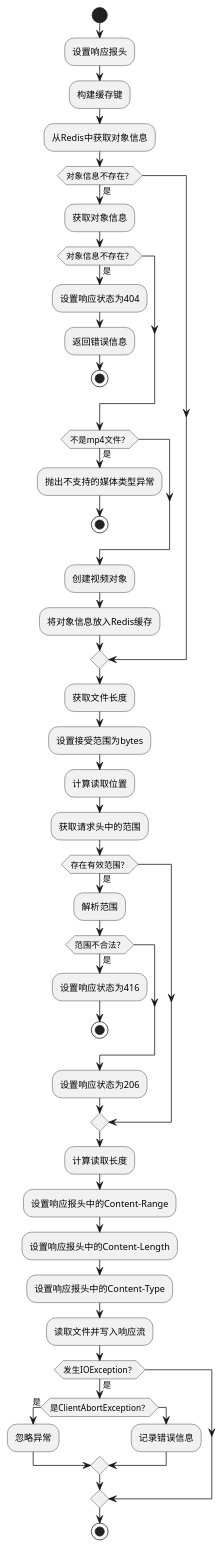
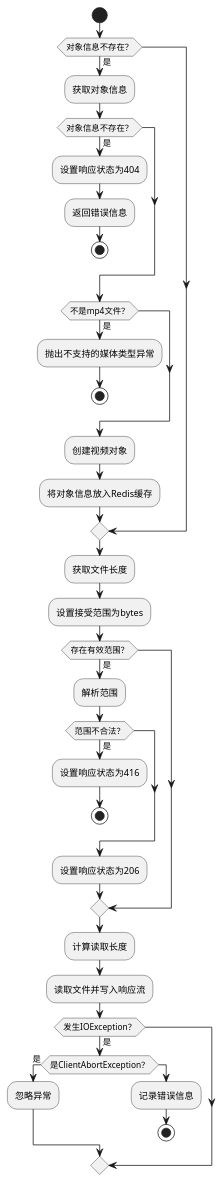
One commit to yin-git-hub/expecto-patronum changed the diagram in sql/3-2.puml. Above: the diagram before and after it, drawn with PlantUML. The commit also changed 3 other files, not shown here.

```diff
--- a/sql/3-2.puml
+++ b/sql/3-2.puml
@@ -1,52 +1,43 @@
 @startuml
 
 start
-
-:设置响应报头;
-:构建缓存键;
-:从Redis中获取对象信息;
 if (对象信息不存在？) then (是)
     :获取对象信息;
     if (对象信息不存在？) then (是)
         :设置响应状态为404;
         :返回错误信息;
         stop
     endif
     if (不是mp4文件？) then (是)
         :抛出不支持的媒体类型异常;
         stop
     endif
     :创建视频对象;
     :将对象信息放入Redis缓存;
 endif
 
 :获取文件长度;
 :设置接受范围为bytes;
-:计算读取位置;
-:获取请求头中的范围;
 if (存在有效范围？) then (是)
     :解析范围;
     if (范围不合法？) then (是)
         :设置响应状态为416;
         stop
     endif
     :设置响应状态为206;
 endif
 
 :计算读取长度;
-:设置响应报头中的Content-Range;
-:设置响应报头中的Content-Length;
-:设置响应报头中的Content-Type;
 
 :读取文件并写入响应流;
 if (发生IOException？) then (是)
     if (是ClientAbortException？) then (是)
         :忽略异常;
     else
         :记录错误信息;
-    endif
-endif
+
+
 
 stop
 
 @enduml
```
